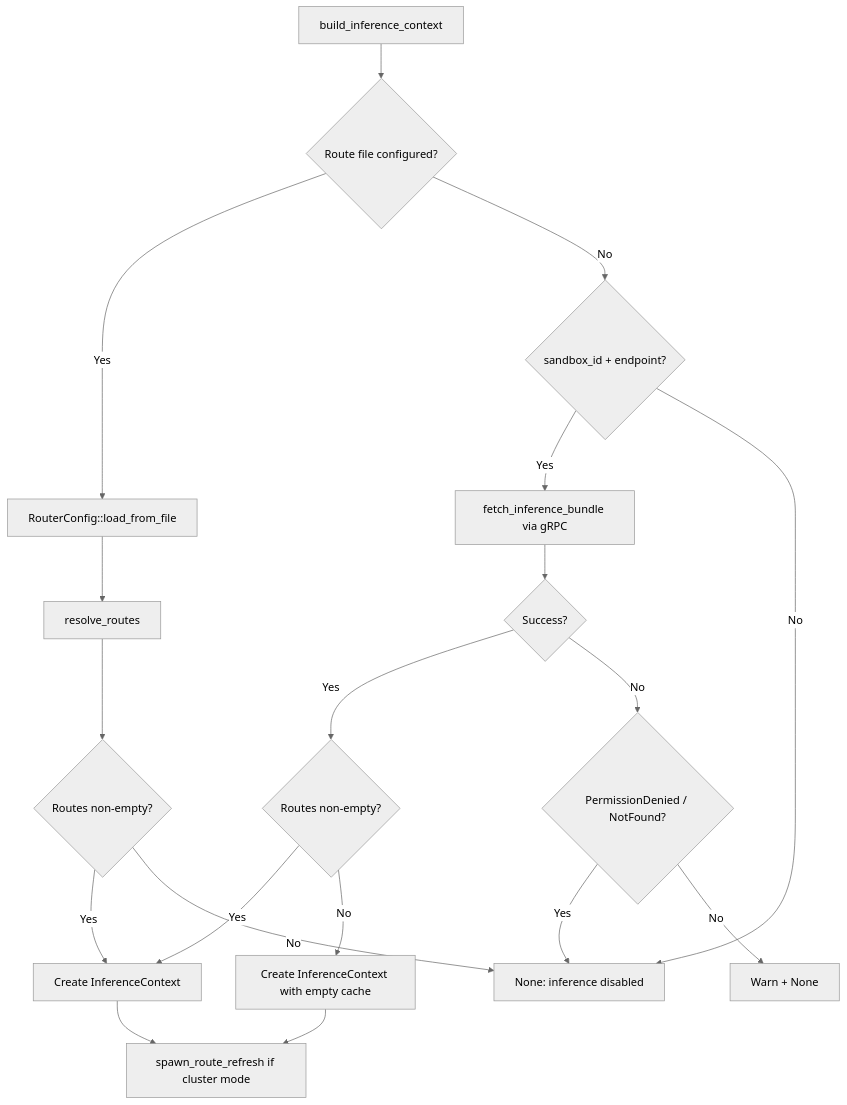
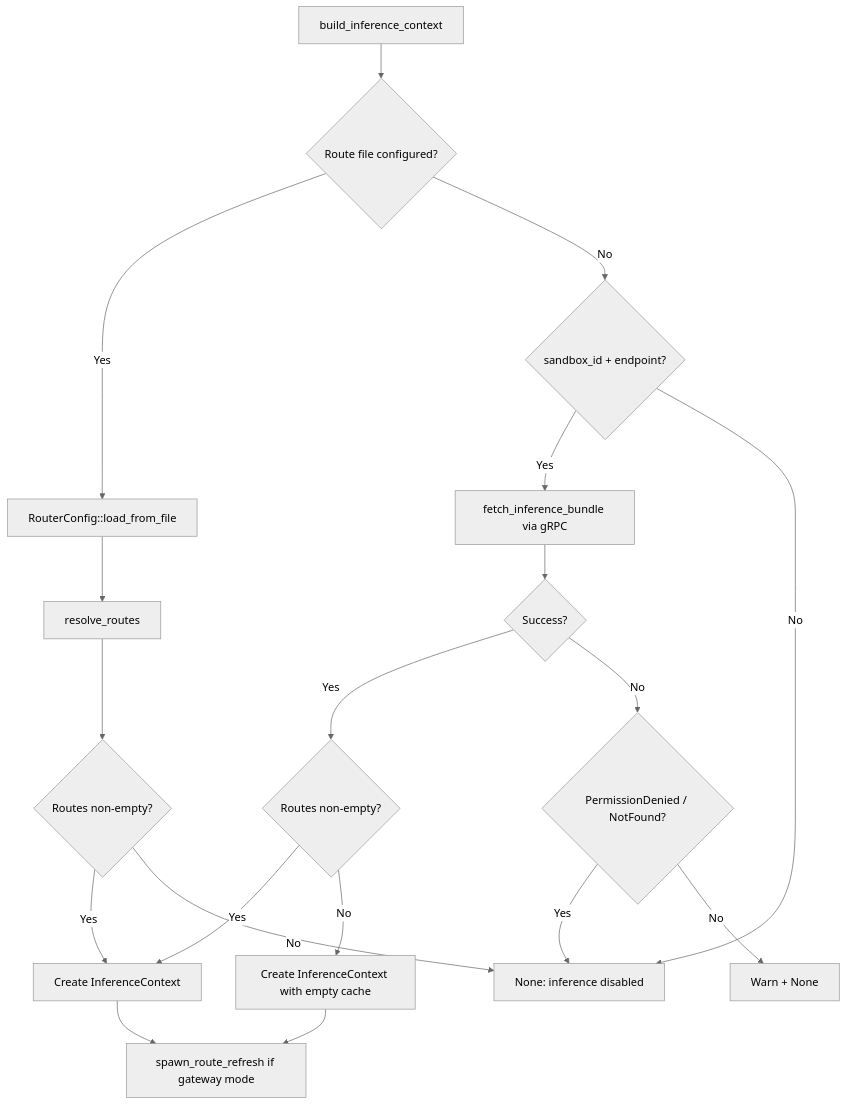
One commit to st-gr/OpenShell changed the sixth of 13 diagrams in architecture/sandbox.md. Above: the diagram before and after it, drawn with Mermaid (neutral theme). The commit also changed other lines of this file and 41 other files, not shown here.

Commit message:
docs: update gateway deployment architecture (#1108)

````diff
--- a/architecture/sandbox.md
+++ b/architecture/sandbox.md
@@ -940,21 +940,21 @@
 ```mermaid
 flowchart TD
     A[build_inference_context] --> B{Route file configured?}
     B -- Yes --> C[RouterConfig::load_from_file]
     C --> D[resolve_routes]
     D --> E{Routes non-empty?}
     E -- Yes --> F[Create InferenceContext]
     E -- No --> L[None: inference disabled]
     B -- No --> H{sandbox_id + endpoint?}
     H -- Yes --> I[fetch_inference_bundle via gRPC]
     I --> J{Success?}
     J -- Yes --> K{Routes non-empty?}
     K -- Yes --> F
     K -- No --> G[Create InferenceContext with empty cache]
     J -- No --> M{PermissionDenied / NotFound?}
     M -- Yes --> L
     M -- No --> N[Warn + None]
     H -- No --> L
-    F --> O[spawn_route_refresh if cluster mode]
+    F --> O[spawn_route_refresh if gateway mode]
     G --> O
 ```
````
